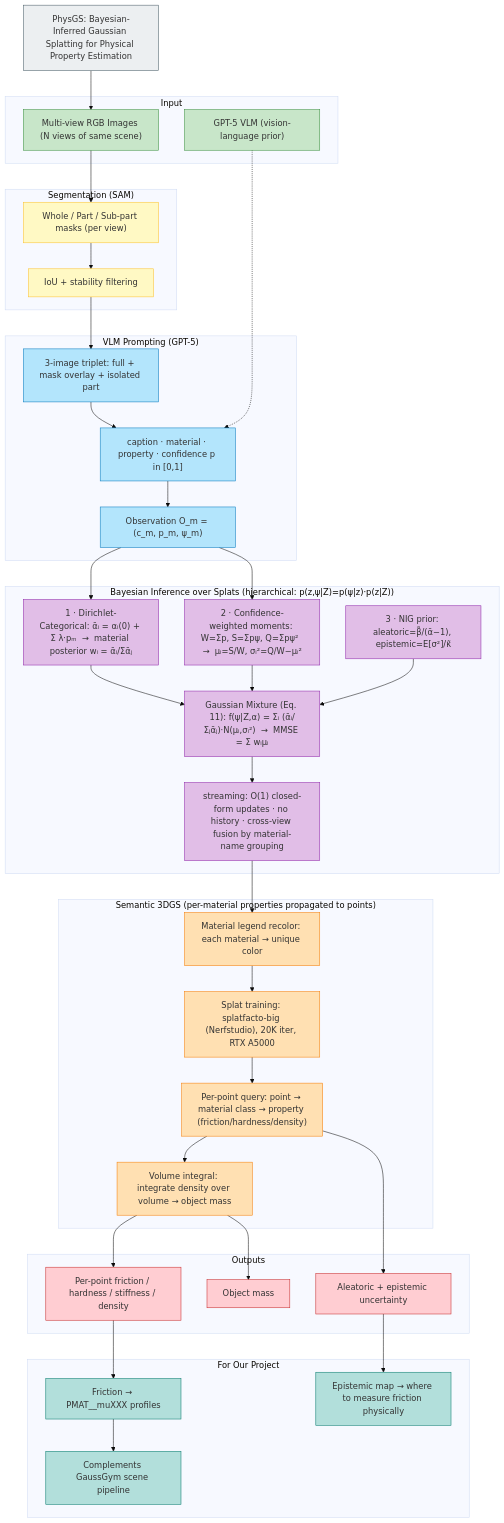
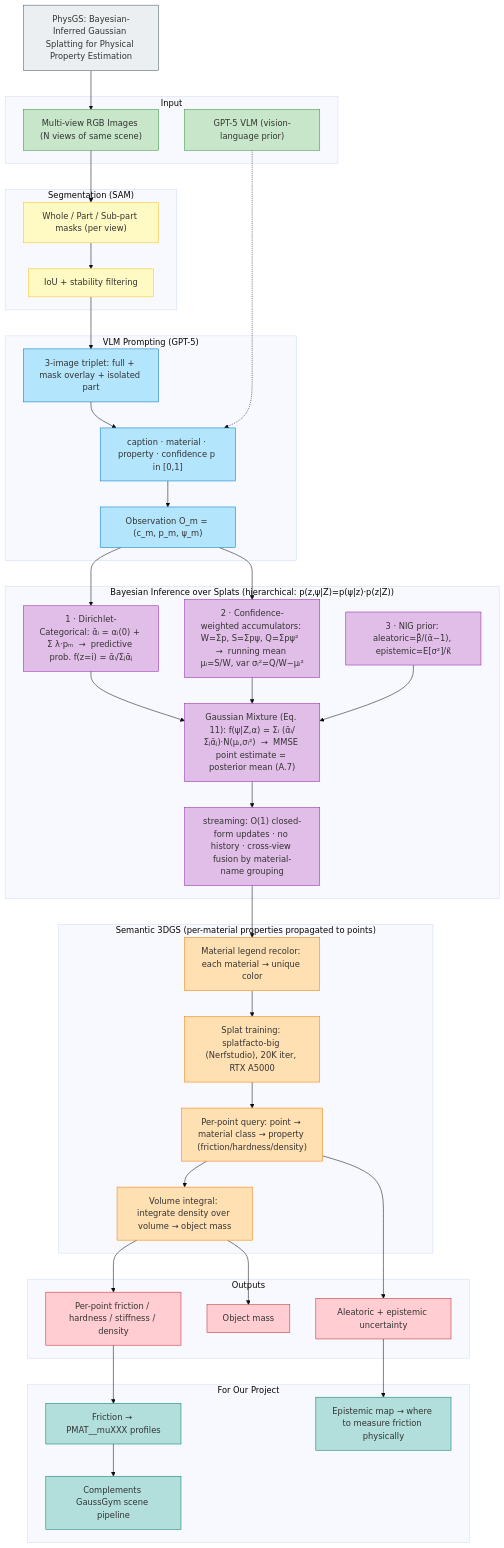
Before and after one commit to TIMHX/3d-sim-wiki: the diagram in assets/physgs-overview.mmd, drawn with Mermaid (base theme). The commit also changed 2 other files, not shown here.

Commit message:
fix: correct Bayesian terminology per paper (confidence-weighted accumulators, not moments)
- paper 3.2: 'confidence-weighted accumulators that enable incremental computation of the first and second moments using a running mean and variance formulation'
- MMSE: paper A.7 says posterior mean mu_i is the MMSE estimator (per-class), not mixture-weighted sum
- updated mermaid + HTML SVG + concept page

```diff
--- a/assets/physgs-overview.mmd
+++ b/assets/physgs-overview.mmd
@@ -1,88 +1,88 @@
 %% PhysGS: Bayesian-Inferred Gaussian Splatting for Physical Property Estimation
 %% presentation panorama — CVPR 2026 (arXiv:2511.18570)
 flowchart TD
     T["PhysGS: Bayesian-Inferred Gaussian Splatting for Physical Property Estimation"]
 
     subgraph SG_IN["Input"]
         IN1["Multi-view RGB Images (N views of same scene)"]
         IN2["GPT-5 VLM (vision-language prior)"]
     end
 
     subgraph SG_SEG["Segmentation (SAM)"]
         SAM1["Whole / Part / Sub-part masks (per view)"]
         SAM2["IoU + stability filtering"]
     end
 
     subgraph SG_VLM["VLM Prompting (GPT-5)"]
         VP1["3-image triplet: full + mask overlay + isolated part"]
         VP2["caption · material · property · confidence p in [0,1]"]
         VP3["Observation O_m = (c_m, p_m, ψ_m)"]
     end
 
     subgraph SG_BAYES["Bayesian Inference over Splats (hierarchical: p(z,ψ|Z)=p(ψ|z)·p(z|Z))"]
-        B1["1 · Dirichlet-Categorical: ᾱᵢ = αᵢ(0) + Σ λ·pₘ  →  material posterior wᵢ = ᾱᵢ/Σᾱⱼ"]
-        B2["2 · Confidence-weighted moments: W=Σp, S=Σpψ, Q=Σpψ²  →  μᵢ=S/W, σᵢ²=Q/W−μᵢ²"]
+        B1["1 · Dirichlet-Categorical: ᾱᵢ = αᵢ(0) + Σ λ·pₘ  →  predictive prob. f(z=i) = ᾱᵢ/Σⱼᾱⱼ"]
+        B2["2 · Confidence-weighted accumulators: W=Σp, S=Σpψ, Q=Σpψ²  →  running mean μᵢ=S/W, var σᵢ²=Q/W−μᵢ²"]
         B3["3 · NIG prior: aleatoric=β̃/(ᾱ−1), epistemic=E[σ²]/κ̃"]
-        B4["Gaussian Mixture (Eq. 11): f(ψ|Z,α) = Σᵢ (ᾱᵢ/Σⱼᾱⱼ)·N(μᵢ,σᵢ²)  →  MMSE = Σ wᵢμᵢ"]
+        B4["Gaussian Mixture (Eq. 11): f(ψ|Z,α) = Σᵢ (ᾱᵢ/Σⱼᾱⱼ)·N(μᵢ,σᵢ²)  →  MMSE point estimate = posterior mean (A.7)"]
         B5["streaming: O(1) closed-form updates · no history · cross-view fusion by material-name grouping"]
     end
 
     subgraph SG_GS["Semantic 3DGS (per-material properties propagated to points)"]
         GS1["Material legend recolor: each material → unique color"]
         GS2["Splat training: splatfacto-big (Nerfstudio), 20K iter, RTX A5000"]
         GS3["Per-point query: point → material class → property (friction/hardness/density)"]
         GS4["Volume integral: integrate density over volume → object mass"]
     end
 
     subgraph SG_OUT["Outputs"]
         O1["Per-point friction / hardness / stiffness / density"]
         O2["Object mass"]
         O3["Aleatoric + epistemic uncertainty"]
     end
 
     subgraph SG_USE["For Our Project"]
         U1["Friction → PMAT__muXXX profiles"]
         U2["Epistemic map → where to measure friction physically"]
         U3["Complements GaussGym scene pipeline"]
     end
 
     T --> IN1
     IN1 --> SAM1
     SAM1 --> SAM2
     SAM2 --> VP1
     VP1 --> VP2
     VP2 --> VP3
     IN2 -.-> VP2
     VP3 --> B1
     VP3 --> B2
     B1 --> B4
     B2 --> B4
     B3 --> B4
     B4 --> B5
     B5 --> GS1
     GS1 --> GS2
     GS2 --> GS3
     GS3 --> GS4
     GS4 --> O1
     GS4 --> O2
     GS3 --> O3
     O1 --> U1
     O3 --> U2
     U1 --> U3
 
     classDef inp fill:#c8e6c9,stroke:#388e3c;
     classDef seg fill:#fff9c4,stroke:#fbc02d;
     classDef vlm fill:#b3e5fc,stroke:#0277bd;
     classDef bay fill:#e1bee7,stroke:#8e24aa;
     classDef gs fill:#ffe0b2,stroke:#f57c00;
     classDef out fill:#ffcdd2,stroke:#c62828;
     classDef use fill:#b2dfdb,stroke:#00796b;
     classDef title fill:#eceff1,stroke:#455a64;
     class IN1,IN2 inp;
     class SAM1,SAM2 seg;
     class VP1,VP2,VP3 vlm;
     class B1,B2,B3,B4,B5 bay;
     class GS1,GS2,GS3,GS4 gs;
     class O1,O2,O3 out;
     class U1,U2,U3 use;
     class T title;
```
